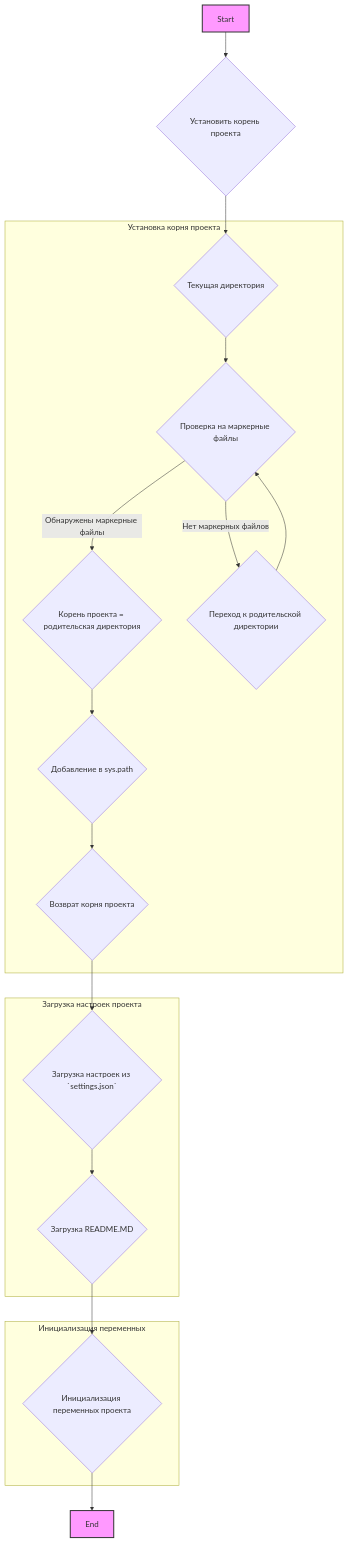
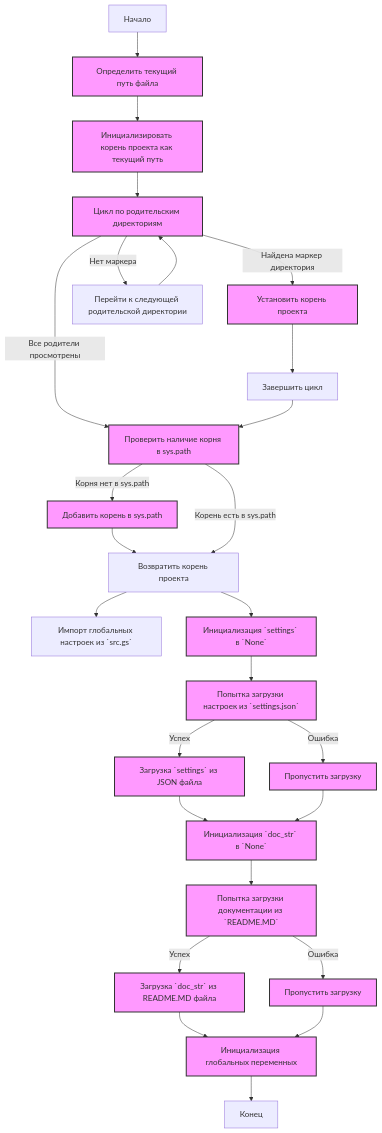
Before and after one commit to hypo69/hypo: the first of 2 diagrams in docs/gemini/ru/explainer/src/endpoints/hypo69/header.py.md, drawn with Mermaid. The commit also changed other lines of this file and 1505 other files, not shown here.

````diff
--- a/docs/gemini/ru/explainer/src/endpoints/hypo69/header.py.md
+++ b/docs/gemini/ru/explainer/src/endpoints/hypo69/header.py.md
@@ -7,40 +49,32 @@
 ```mermaid
-graph TD
-    A[Start] --> B{Установить корень проекта};
-    B --> C{Текущая директория};
-    C --> D{Проверка на маркерные файлы};
-    D -- "Обнаружены маркерные файлы" --> E{Корень проекта = родительская директория};
-    D -- "Нет маркерных файлов" --> F{Переход к родительской директории};
-    F --> D;
-    E --> G{Добавление в sys.path};
-    G --> H{Возврат корня проекта};
-    H --> I{Загрузка настроек из `settings.json`};
-    I --> J{Загрузка README.MD};
-    J --> K{Инициализация переменных проекта};
-    K --> L[End];
-    
-    style A fill:#f9f,stroke:#333,stroke-width:2px
-    style L fill:#f9f,stroke:#333,stroke-width:2px
-    
-     
-    
-    
-    
-    subgraph "Установка корня проекта"
-    C
-    D
-    E
-    F
-    G
-    H
-    end
-    
-    subgraph "Загрузка настроек проекта"
-    I
-    J
-    end
-    subgraph "Инициализация переменных"
-    K
-    end
+flowchart TD
+    Start[Начало] --> SetCurrentPath[Определить текущий путь файла]
+    SetCurrentPath --> InitializeRoot[Инициализировать корень проекта как текущий путь]
+    InitializeRoot --> LoopThroughParents[Цикл по родительским директориям]
+    LoopThroughParents -- Найдена маркер директория --> SetRoot[Установить корень проекта]
+    SetRoot --> BreakLoop[Завершить цикл]
+     LoopThroughParents -- Нет маркера --> CheckNextParent[Перейти к следующей родительской директории]
+      CheckNextParent --> LoopThroughParents
+    LoopThroughParents -- Все родители просмотрены --> CheckRootInPath[Проверить наличие корня в sys.path]
+    BreakLoop --> CheckRootInPath
+    CheckRootInPath -- Корня нет в sys.path --> InsertRootToPath[Добавить корень в sys.path]
+    InsertRootToPath --> ReturnRoot[Возвратить корень проекта]
+    CheckRootInPath -- Корень есть в sys.path --> ReturnRoot
+    ReturnRoot --> ImportGS[Импорт глобальных настроек из `src.gs`]
+    ReturnRoot --> InitializeSettings[Инициализация `settings` в `None`]
+    InitializeSettings --> TryLoadSettings[Попытка загрузки настроек из `settings.json`]
+    TryLoadSettings -- Успех -->  LoadSettings[Загрузка `settings` из JSON файла]
+    TryLoadSettings -- Ошибка --> SkipLoadSettings[Пропустить загрузку]
+     LoadSettings --> InitializeDocStr[Инициализация `doc_str` в `None`]
+       SkipLoadSettings --> InitializeDocStr
+    InitializeDocStr --> TryLoadDocStr[Попытка загрузки документации из `README.MD`]
+        TryLoadDocStr -- Успех -->  LoadDocStr[Загрузка `doc_str` из README.MD файла]
+    TryLoadDocStr -- Ошибка --> SkipLoadDocStr[Пропустить загрузку]
+     LoadDocStr --> InitializeGlobalVars[Инициализация глобальных переменных]
+     SkipLoadDocStr --> InitializeGlobalVars
+    InitializeGlobalVars --> End[Конец]
 
+    classDef file fill:#f9f,stroke:#333,stroke-width:2px
+    class SetCurrentPath,InitializeRoot,LoopThroughParents,SetRoot,CheckRootInPath,InsertRootToPath,TryLoadSettings,TryLoadDocStr,InitializeSettings,LoadSettings,SkipLoadSettings,InitializeDocStr,LoadDocStr,SkipLoadDocStr,InitializeGlobalVars file
+    class ImportGS fill:#ccf,stroke:#333,stroke-width:2px
 ```
````
